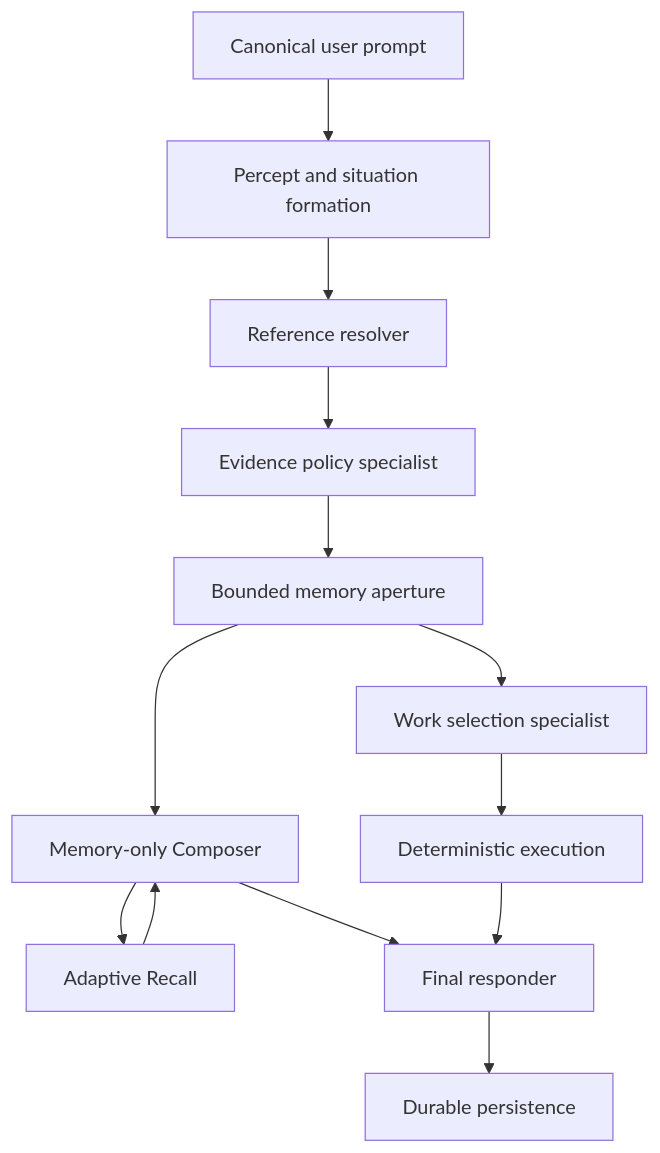
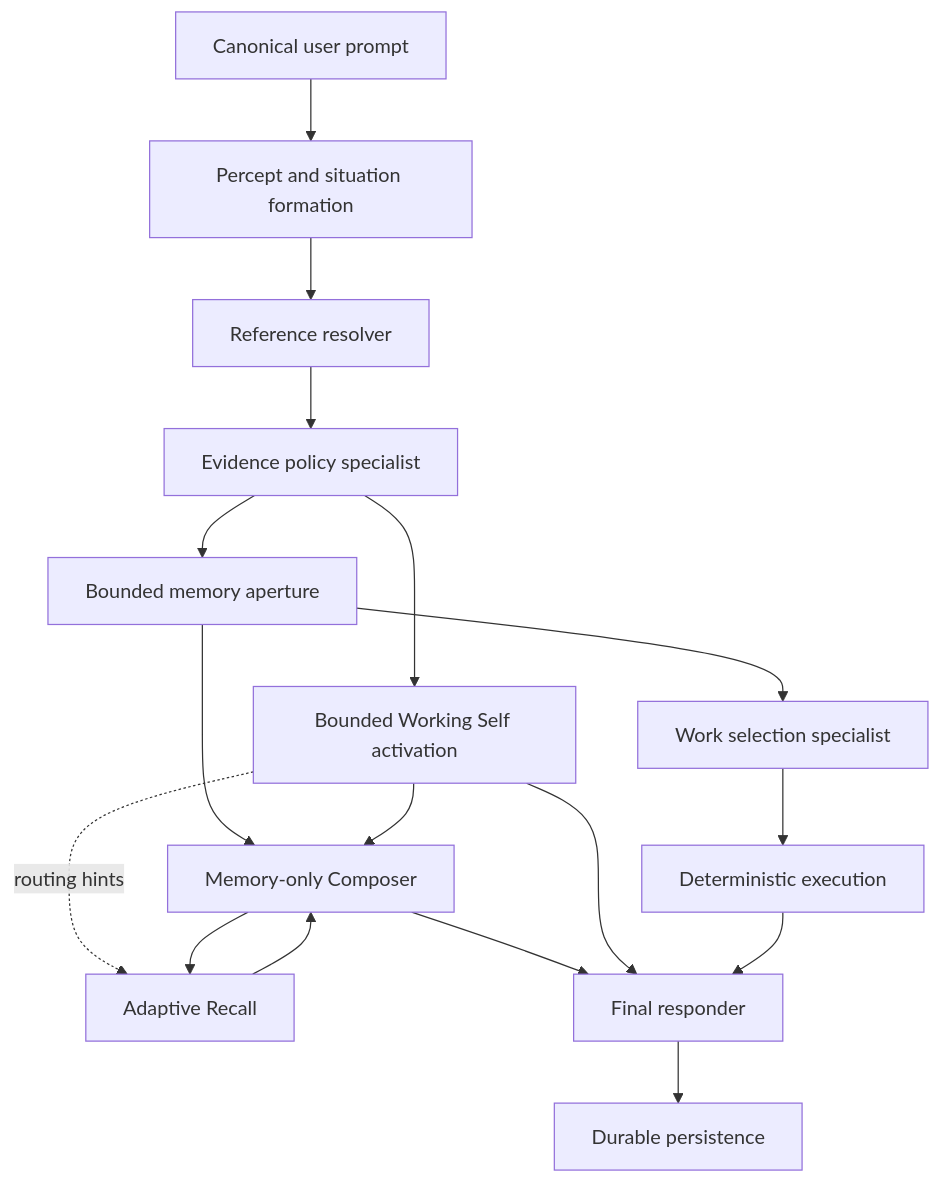
Before and after one commit to wtvr-guy/prometheist: the diagram in docs/architecture/PERCEPT_TO_RESPONSE_PIPELINE.md, drawn with Mermaid.

Commit message:
docs: add Working Self to user response pipeline

````diff
--- a/docs/architecture/PERCEPT_TO_RESPONSE_PIPELINE.md
+++ b/docs/architecture/PERCEPT_TO_RESPONSE_PIPELINE.md
@@ -32,15 +32,19 @@
 ```mermaid
 flowchart TD
     A[Canonical user prompt] --> B[Percept and situation formation]
     B --> C[Reference resolver]
     C --> D[Evidence policy specialist]
     D --> E[Bounded memory aperture]
+    D --> S[Bounded Working Self activation]
     E --> F[Work selection specialist]
     F --> G[Deterministic execution]
     E --> H[Memory-only Composer]
-    H --> I[Adaptive Recall]
+    S --> H
+    S -. routing hints .-> I[Adaptive Recall]
+    H --> I
     I --> H
     H --> J[Final responder]
+    S --> J
     G --> J
     J --> K[Durable persistence]
 ```
````
